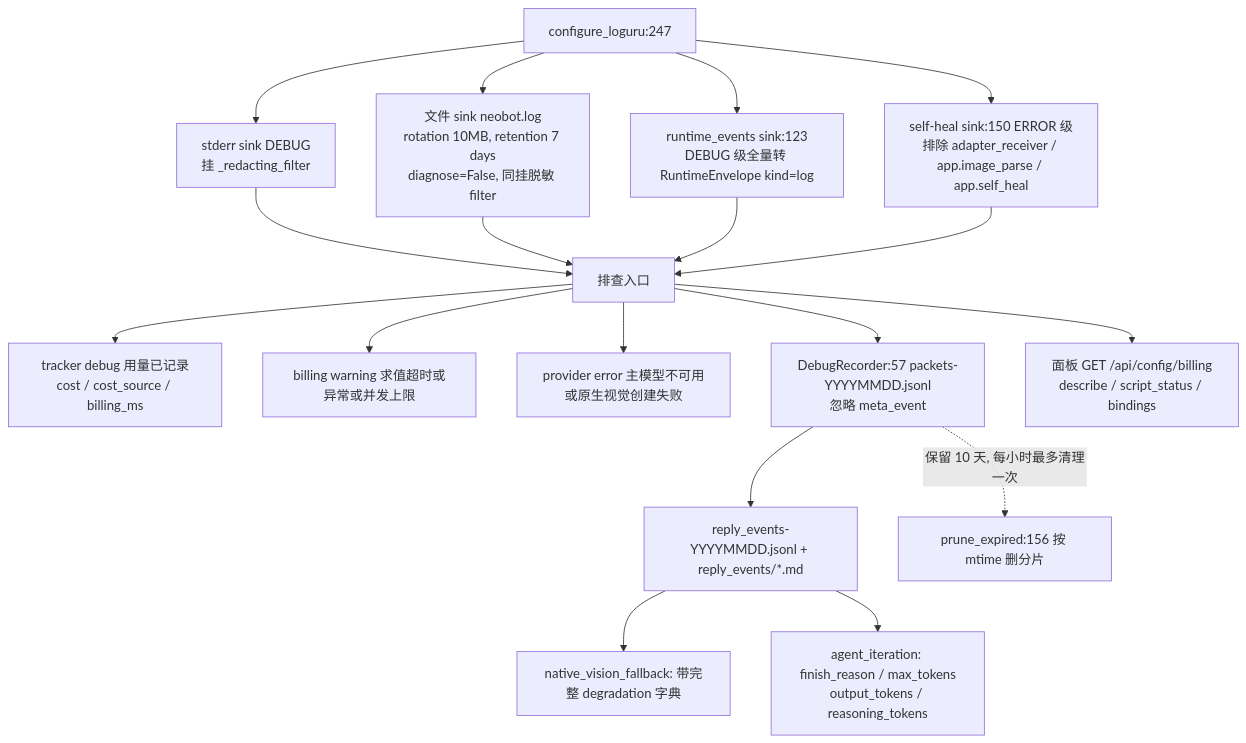
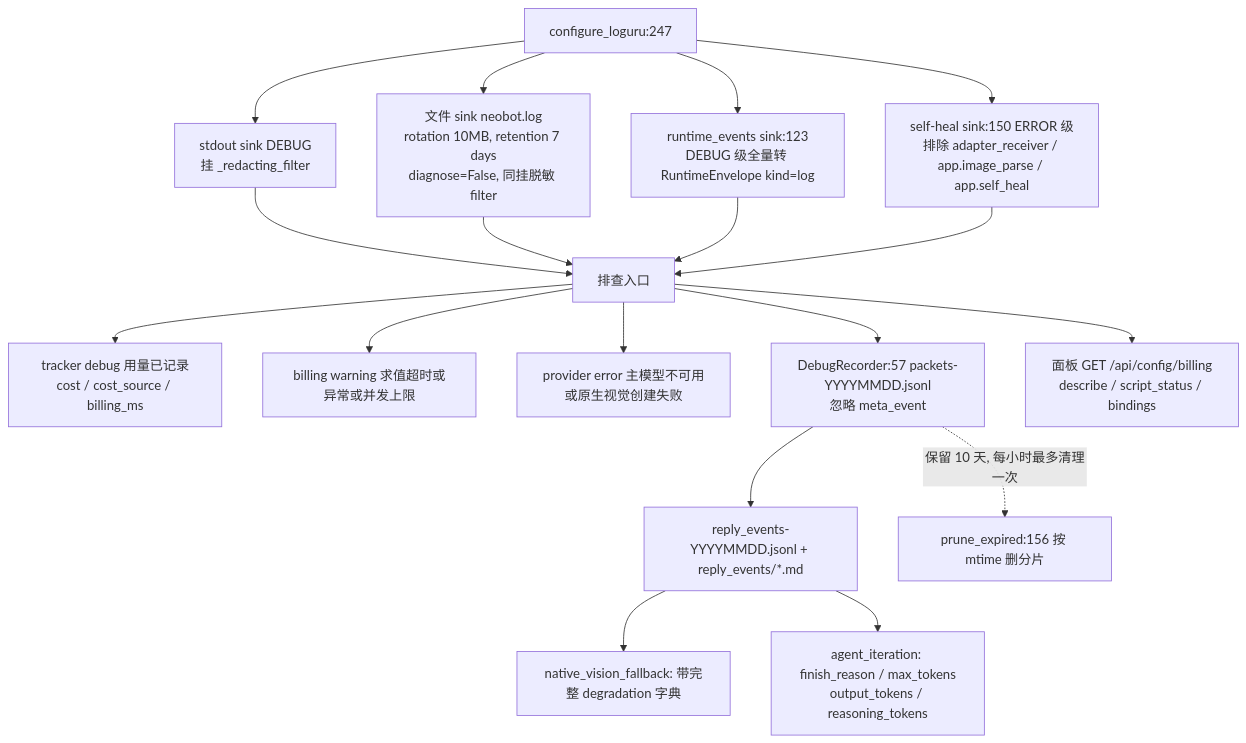
Diagram 11 of 11 in docs/flow/05-llm-routing.md (SuperQuail/NeoBot), drawn with Mermaid before and after one commit. The commit also changed other lines of this file and 37 other files, not shown here.

````diff
--- a/docs/flow/05-llm-routing.md
+++ b/docs/flow/05-llm-routing.md
@@ -468,20 +468,20 @@
 ```mermaid
 flowchart TD
-    A["configure_loguru:247"] --> B["stderr sink DEBUG<br/>挂 _redacting_filter"]
+    A["configure_loguru:247"] --> B["stdout sink DEBUG<br/>挂 _redacting_filter"]
     A --> C["文件 sink neobot.log<br/>rotation 10MB, retention 7 days<br/>diagnose=False, 同挂脱敏 filter"]
     A --> D["runtime_events sink:123<br/>DEBUG 级全量转 RuntimeEnvelope kind=log"]
     A --> E["self-heal sink:150 ERROR 级<br/>排除 adapter_receiver / app.image_parse / app.self_heal"]
     B --> F["排查入口"]
     C --> F
     D --> F
     E --> F
     F --> G["tracker debug 用量已记录<br/>cost / cost_source / billing_ms"]
     F --> H["billing warning 求值超时或异常或并发上限"]
     F --> I["provider error 主模型不可用或原生视觉创建失败"]
     F --> J["DebugRecorder:57 packets-YYYYMMDD.jsonl<br/>忽略 meta_event"]
     J --> K["reply_events-YYYYMMDD.jsonl + reply_events/*.md"]
     K --> L["native_vision_fallback: 带完整 degradation 字典"]
     K --> M["agent_iteration: finish_reason / max_tokens<br/>output_tokens / reasoning_tokens"]
     J -.->|"保留 10 天, 每小时最多清理一次"| N["prune_expired:156 按 mtime 删分片"]
     F --> O["面板 GET /api/config/billing<br/>describe / script_status / bindings"]
 ```
````
